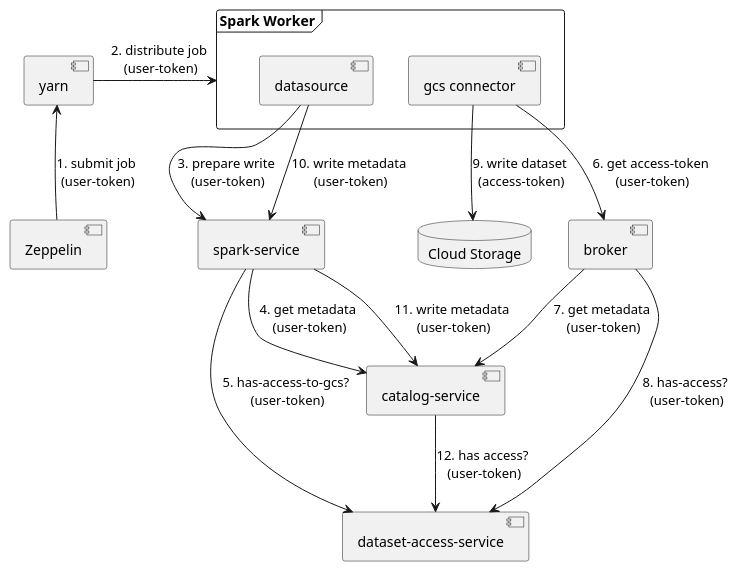
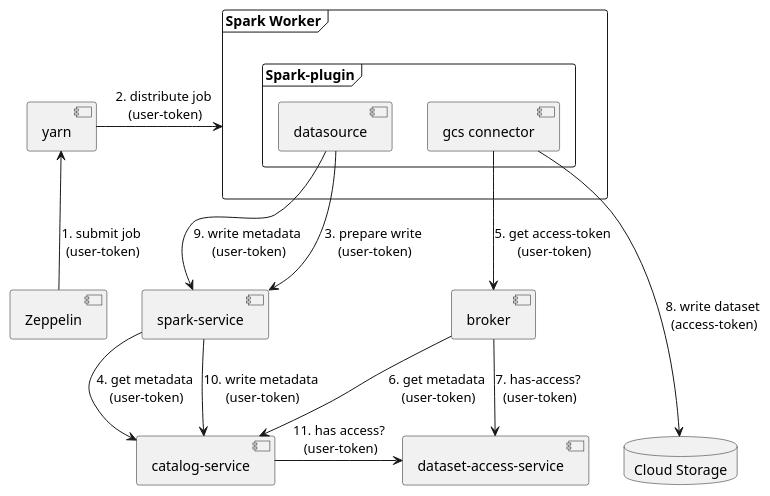
The diagram in doc/security-write-data-comp.puml (statisticsnorway/dapla-project), drawn with PlantUML before and after one commit. The commit also changed 2 other files, not shown here.

Commit message:
Simplify by removing access check from spark-service

```diff
--- a/doc/security-write-data-comp.puml
+++ b/doc/security-write-data-comp.puml
@@ -1,29 +1,30 @@
 @startuml
 
 [yarn] as yarn
 [Zeppelin] as zeppelin
 [dataset-access-service] as da_s
 [catalog-service] as catalog
 [spark-service] as sp_s
 [broker] as broker
 database "Cloud Storage" as gcs {
 }
 frame "Spark Worker" as worker {
-  [datasource] as datasource
-  [gcs connector] as gcs_connector
+  frame "Spark-plugin" {
+    [datasource] as datasource
+    [gcs connector] as gcs_connector
+  }
 }
 
 zeppelin -u-> yarn : 1. submit job\n (user-token)
 yarn -> worker : 2. distribute job\n (user-token)
 datasource --> sp_s : 3. prepare write\n (user-token)
 sp_s --> catalog : 4. get metadata\n (user-token)
-sp_s --> da_s : 5. has-access-to-gcs?\n (user-token)
-gcs_connector --> broker : 6. get access-token\n (user-token)
-broker --> catalog : 7. get metadata\n (user-token)
-broker --> da_s : 8. has-access?\n (user-token)
-gcs_connector --> gcs : 9. write dataset\n (access-token)
-datasource --> sp_s : 10. write metadata\n (user-token)
-sp_s --> catalog : 11. write metadata\n (user-token)
-catalog --> da_s : 12. has access?\n (user-token)
+gcs_connector --> broker : 5. get access-token\n (user-token)
+broker --> catalog : 6. get metadata\n (user-token)
+broker --> da_s : 7. has-access?\n (user-token)
+gcs_connector ---> gcs : 8. write dataset\n (access-token)
+datasource -> sp_s : 9. write metadata\n (user-token)
+sp_s -> catalog : 10. write metadata\n (user-token)
+catalog -> da_s : 11. has access?\n (user-token)
 
 @enduml
```
